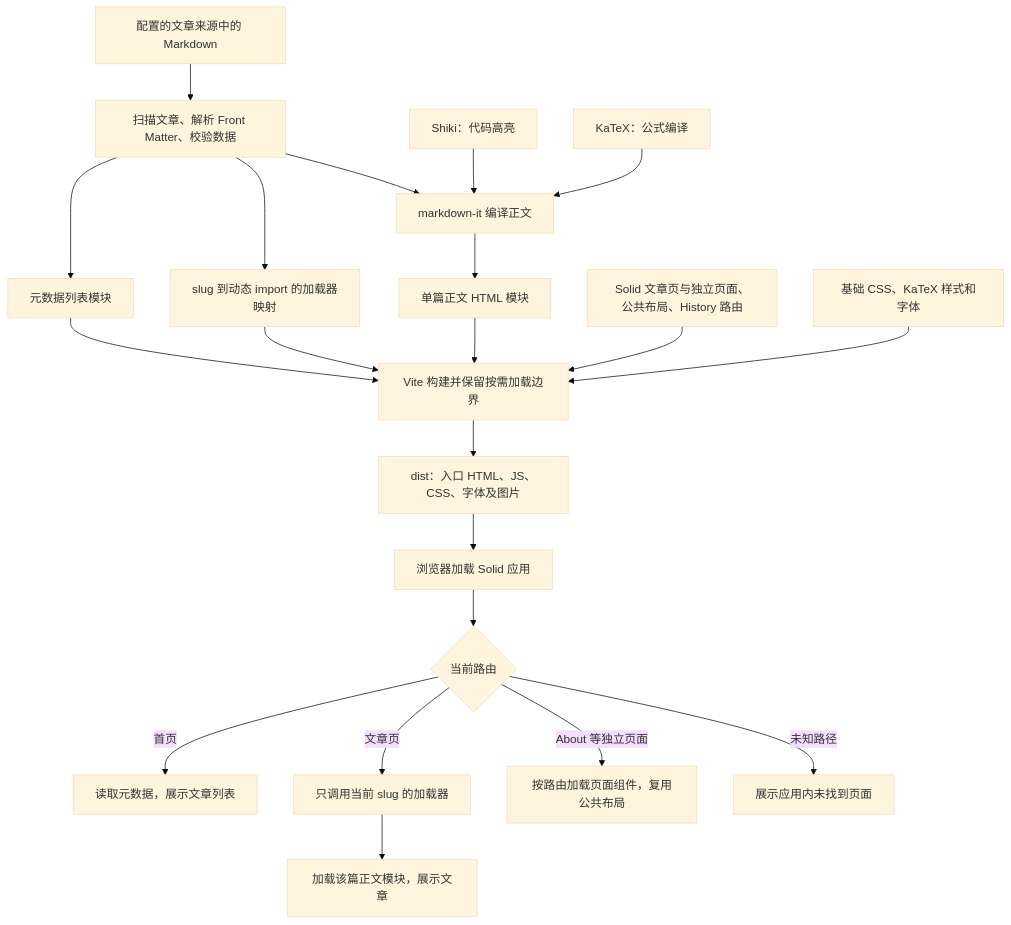
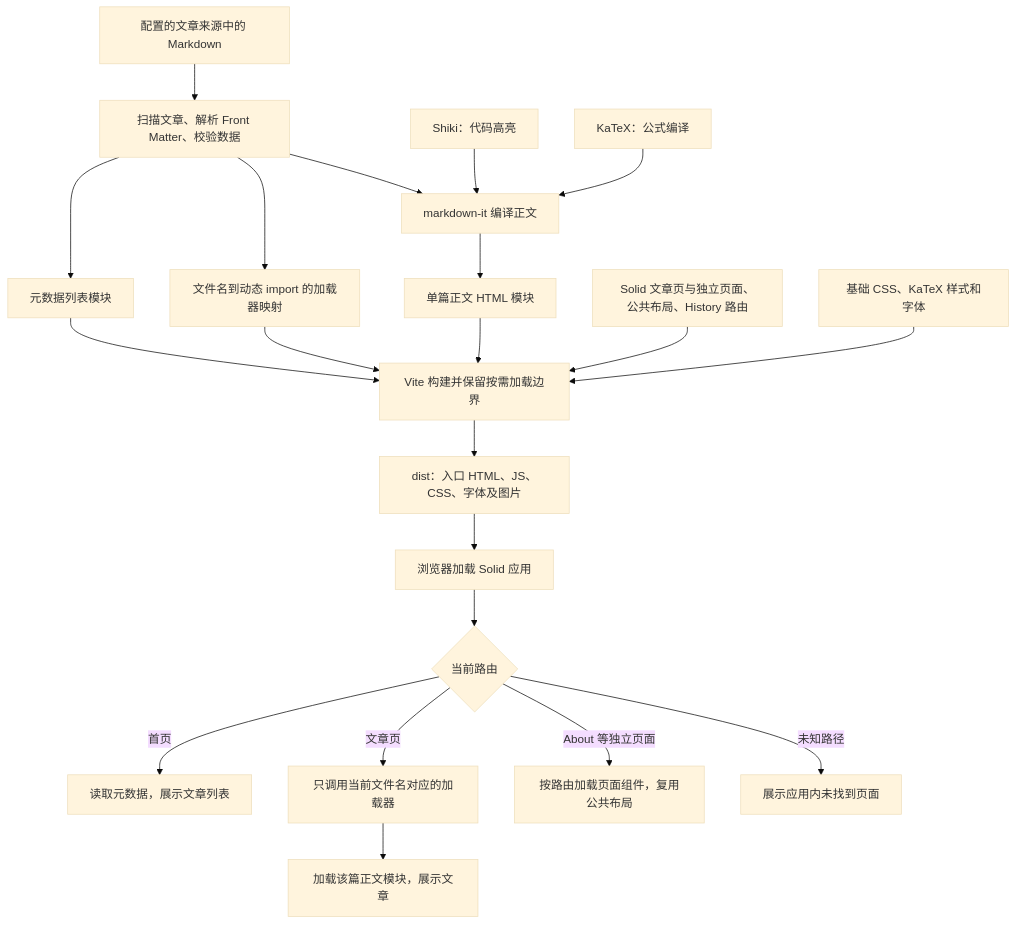
The first of 2 diagrams in plan.md (WeizhongQiu/leaf-blog), drawn with Mermaid (base theme) before and after one commit. The commit also changed other lines of this file and 14 other files, not shown here.

````diff
--- a/plan.md
+++ b/plan.md
@@ -270,25 +268,25 @@
 ```mermaid
 flowchart TD
     A["配置的文章来源中的 Markdown"] --> B["扫描文章、解析 Front Matter、校验数据"]
     B --> C["元数据列表模块"]
-    B --> D["slug 到动态 import 的加载器映射"]
+    B --> D["文件名到动态 import 的加载器映射"]
     B --> E["markdown-it 编译正文"]
     F["Shiki：代码高亮"] --> E
     G["KaTeX：公式编译"] --> E
     E --> H["单篇正文 HTML 模块"]
 
     C --> I["Vite 构建并保留按需加载边界"]
     D --> I
     H --> I
     J["Solid 文章页与独立页面、公共布局、History 路由"] --> I
     K["基础 CSS、KaTeX 样式和字体"] --> I
     I --> L["dist：入口 HTML、JS、CSS、字体及图片"]
 
     L --> M["浏览器加载 Solid 应用"]
     M --> N{"当前路由"}
     N -->|首页| O["读取元数据，展示文章列表"]
-    N -->|文章页| P["只调用当前 slug 的加载器"]
+    N -->|文章页| P["只调用当前文件名对应的加载器"]
     P --> Q["加载该篇正文模块，展示文章"]
     N -->|About 等独立页面| S["按路由加载页面组件，复用公共布局"]
     N -->|未知路径| R["展示应用内未找到页面"]
 ```
````
